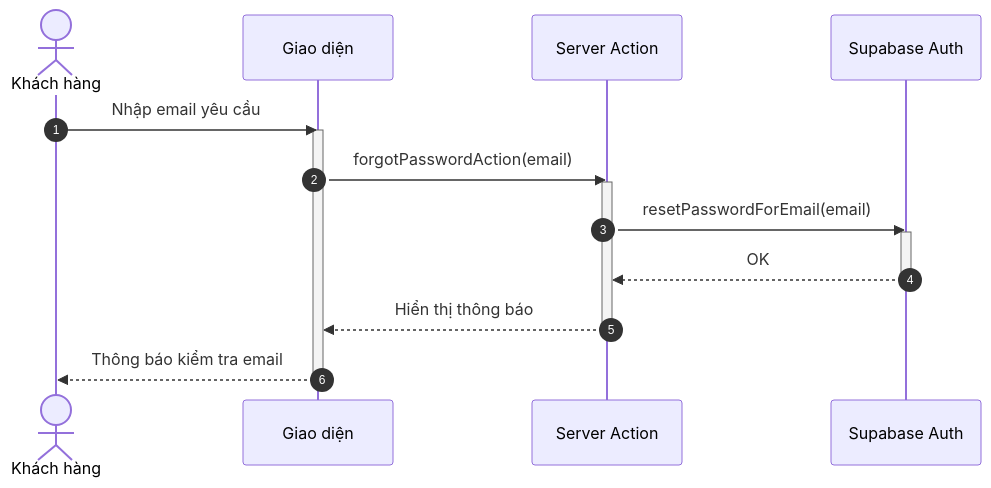
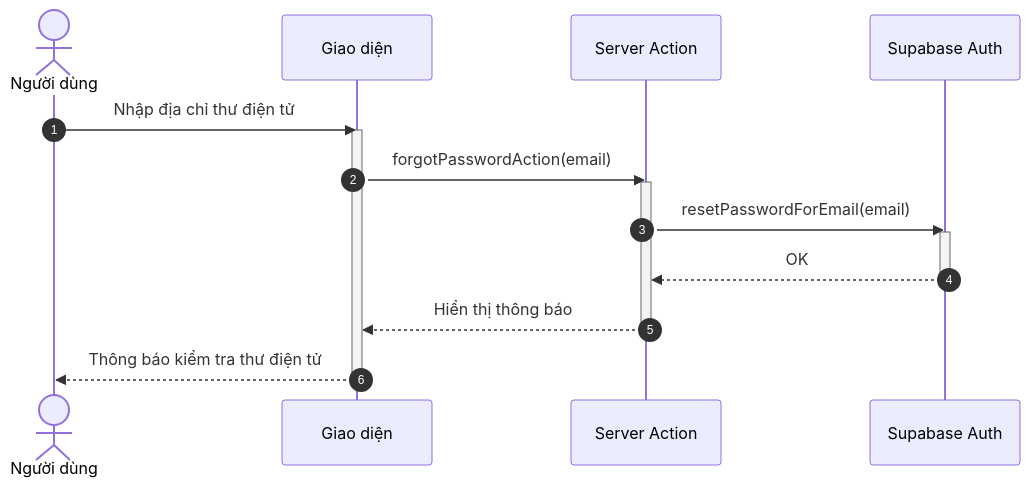
The fourth of 7 diagrams in docs/design/sequences/authentication.md (ngoctinn/Synapse), drawn with Mermaid before and after one commit. The commit also changed other lines of this file and 11 other files, not shown here.

Commit message:
docs: Add initial design documentation, including architecture, UI, use cases, and detailed sequence diagrams for various user flows.

````diff
--- a/docs/design/sequences/authentication.md
+++ b/docs/design/sequences/authentication.md
@@ -137,24 +136,24 @@
 ```mermaid
 sequenceDiagram
     autonumber
-    actor KH as Khách hàng
+    actor ND as Người dùng
     participant UI as Giao diện
     participant BFF as Server Action
     participant SUPA as Supabase Auth
 
-    KH->>UI: Nhập email yêu cầu
+    ND->>UI: Nhập địa chỉ thư điện tử
     activate UI
     UI->>BFF: forgotPasswordAction(email)
     activate BFF
 
     BFF->>SUPA: resetPasswordForEmail(email)
     activate SUPA
     SUPA-->>BFF: OK
     deactivate SUPA
 
     BFF-->>UI: Hiển thị thông báo
     deactivate BFF
 
-    UI-->>KH: Thông báo kiểm tra email
+    UI-->>ND: Thông báo kiểm tra thư điện tử
     deactivate UI
 ```
````
